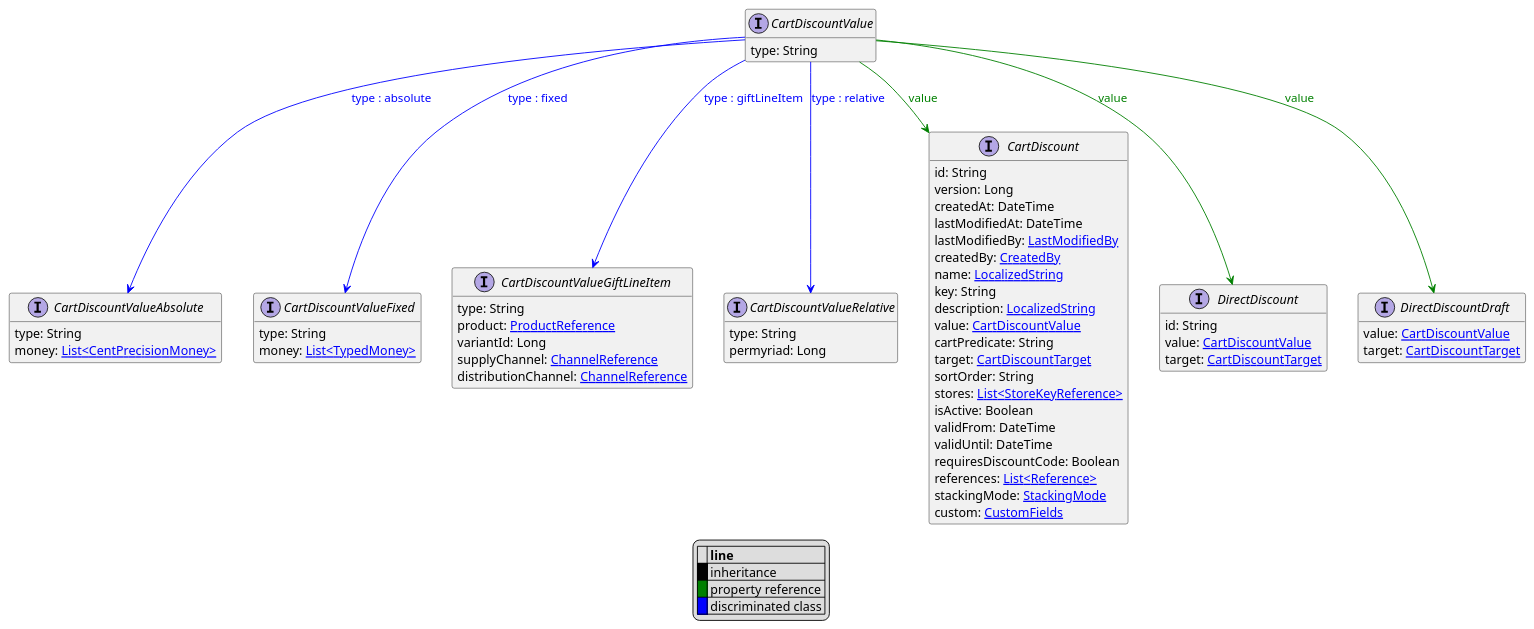
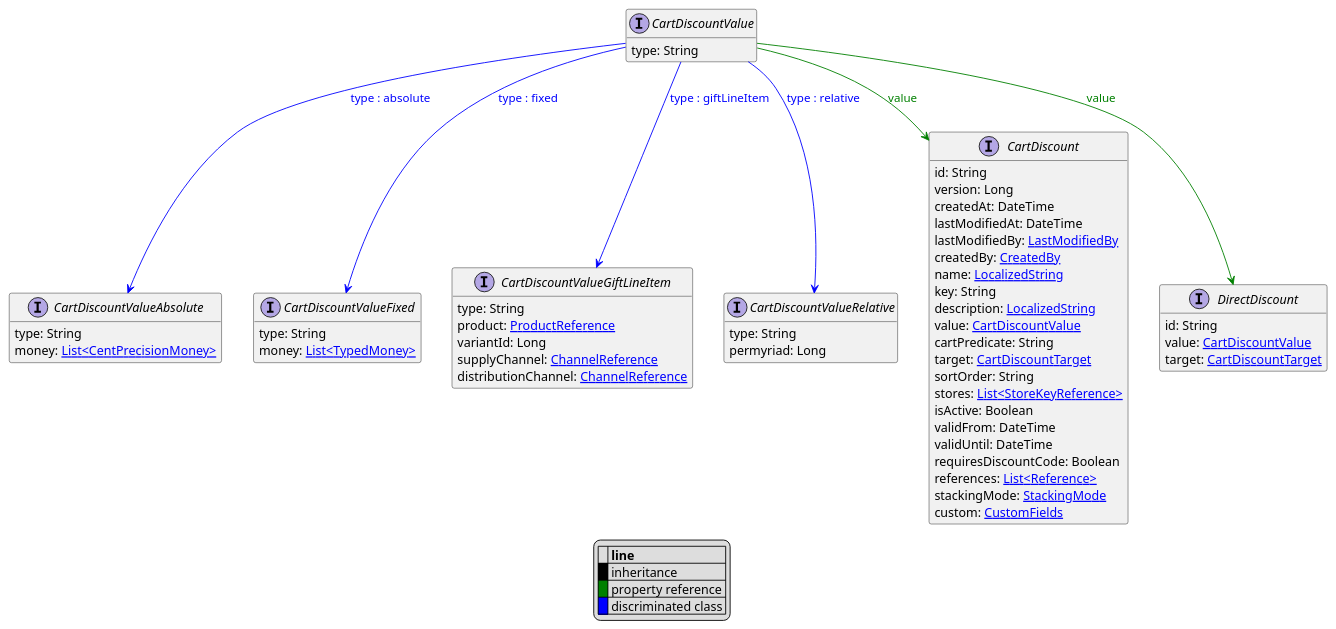
One commit to commercetools/commercetools-api-reference changed the diagram in uml/api/CartDiscountValue.puml. Above: the diagram before and after it, drawn with PlantUML. The commit also changed 8 other files, not shown here.

```diff
--- a/uml/api/CartDiscountValue.puml
+++ b/uml/api/CartDiscountValue.puml
@@ -1,74 +1,69 @@
 @startuml
 
 hide empty fields
 hide empty methods
 legend
 |= |= line |
 |<back:black>   </back>| inheritance |
 |<back:green>   </back>| property reference |
 |<back:blue>   </back>| discriminated class |
 endlegend
 interface CartDiscountValue [[CartDiscountValue.svg]]  {
     type: String
 }
 
 
 interface CartDiscountValueAbsolute [[CartDiscountValueAbsolute.svg]]  {
     type: String
     money: [[CentPrecisionMoney.svg List<CentPrecisionMoney>]]
 }
 interface CartDiscountValueFixed [[CartDiscountValueFixed.svg]]  {
     type: String
     money: [[TypedMoney.svg List<TypedMoney>]]
 }
 interface CartDiscountValueGiftLineItem [[CartDiscountValueGiftLineItem.svg]]  {
     type: String
     product: [[ProductReference.svg ProductReference]]
     variantId: Long
     supplyChannel: [[ChannelReference.svg ChannelReference]]
     distributionChannel: [[ChannelReference.svg ChannelReference]]
 }
 interface CartDiscountValueRelative [[CartDiscountValueRelative.svg]]  {
     type: String
     permyriad: Long
 }
 interface CartDiscount [[CartDiscount.svg]]  {
     id: String
     version: Long
     createdAt: DateTime
     lastModifiedAt: DateTime
     lastModifiedBy: [[LastModifiedBy.svg LastModifiedBy]]
     createdBy: [[CreatedBy.svg CreatedBy]]
     name: [[LocalizedString.svg LocalizedString]]
     key: String
     description: [[LocalizedString.svg LocalizedString]]
     value: [[CartDiscountValue.svg CartDiscountValue]]
     cartPredicate: String
     target: [[CartDiscountTarget.svg CartDiscountTarget]]
     sortOrder: String
     stores: [[StoreKeyReference.svg List<StoreKeyReference>]]
     isActive: Boolean
     validFrom: DateTime
     validUntil: DateTime
     requiresDiscountCode: Boolean
     references: [[Reference.svg List<Reference>]]
     stackingMode: [[StackingMode.svg StackingMode]]
     custom: [[CustomFields.svg CustomFields]]
 }
 interface DirectDiscount [[DirectDiscount.svg]]  {
     id: String
     value: [[CartDiscountValue.svg CartDiscountValue]]
     target: [[CartDiscountTarget.svg CartDiscountTarget]]
 }
-interface DirectDiscountDraft [[DirectDiscountDraft.svg]]  {
-    value: [[CartDiscountValue.svg CartDiscountValue]]
-    target: [[CartDiscountTarget.svg CartDiscountTarget]]
-}
 CartDiscountValue --> CartDiscountValueAbsolute #blue;text:blue : "type : absolute"
 CartDiscountValue --> CartDiscountValueFixed #blue;text:blue : "type : fixed"
 CartDiscountValue --> CartDiscountValueGiftLineItem #blue;text:blue : "type : giftLineItem"
 CartDiscountValue --> CartDiscountValueRelative #blue;text:blue : "type : relative"
 CartDiscountValue --> CartDiscount #green;text:green : "value"
 CartDiscountValue --> DirectDiscount #green;text:green : "value"
-CartDiscountValue --> DirectDiscountDraft #green;text:green : "value"
 @enduml
```
